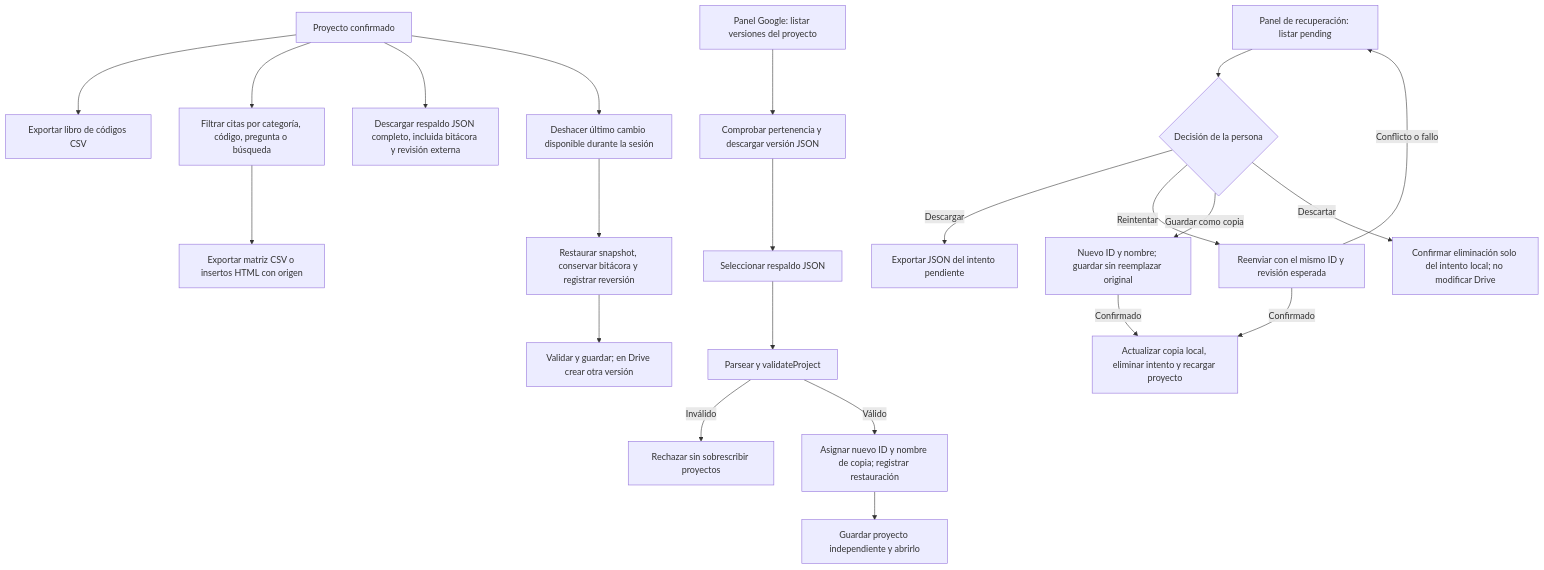
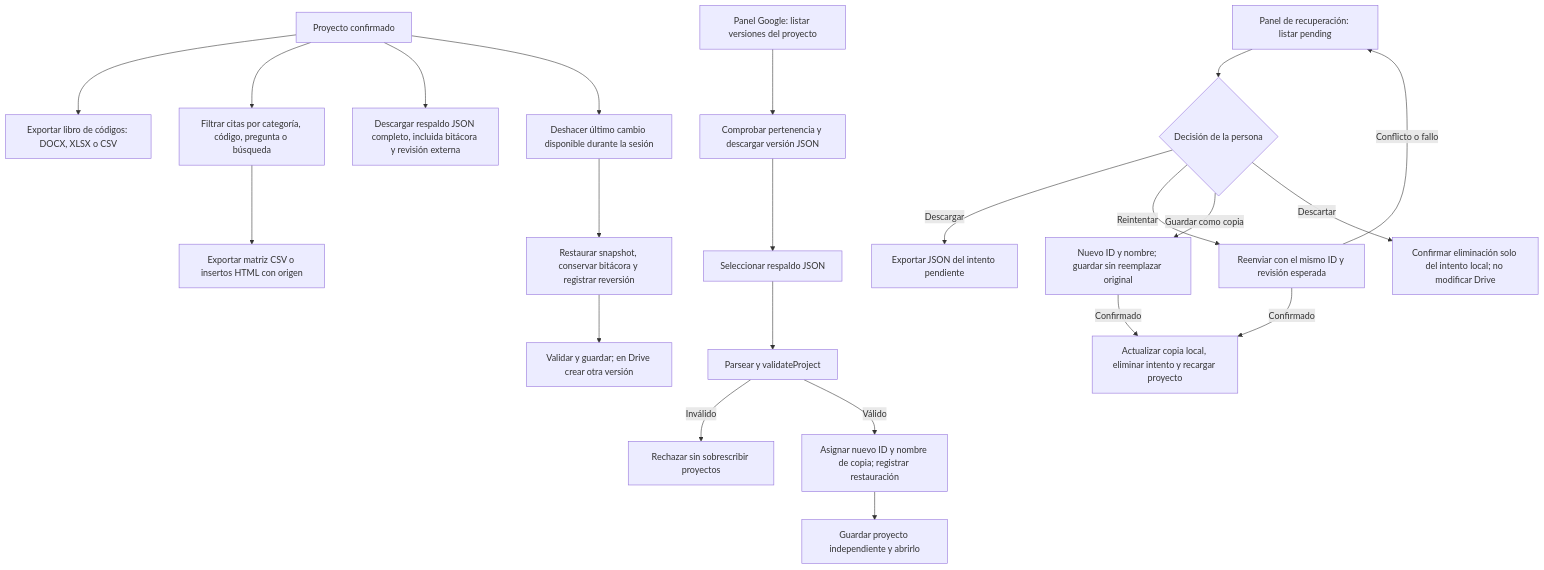
The sixth of 7 diagrams in README.md (estebancofre-coy/trama-cualitativa), drawn with Mermaid before and after one commit. The commit also changed other lines of this file and 5 other files, not shown here.

Commit message:
Exportar libro de códigos con citas en CSV, Word y Excel

````diff
--- a/README.md
+++ b/README.md
@@ -362,24 +365,24 @@
 ```mermaid
 flowchart TD
-	A["Proyecto confirmado"] --> B["Exportar libro de códigos CSV"]
+	A["Proyecto confirmado"] --> B["Exportar libro de códigos: DOCX, XLSX o CSV"]
 	A --> C["Filtrar citas por categoría, código, pregunta o búsqueda"]
 	C --> D["Exportar matriz CSV o insertos HTML con origen"]
 	A --> E["Descargar respaldo JSON completo, incluida bitácora y revisión externa"]
 	F["Seleccionar respaldo JSON"] --> G["Parsear y validateProject"]
 	G -->|Inválido| H["Rechazar sin sobrescribir proyectos"]
 	G -->|Válido| I["Asignar nuevo ID y nombre de copia; registrar restauración"]
 	I --> J["Guardar proyecto independiente y abrirlo"]
 	A --> K["Deshacer último cambio disponible durante la sesión"]
 	K --> L["Restaurar snapshot, conservar bitácora y registrar reversión"]
 	L --> M["Validar y guardar; en Drive crear otra versión"]
 	N["Panel Google: listar versiones del proyecto"] --> O["Comprobar pertenencia y descargar versión JSON"]
 	O --> F
 	P["Panel de recuperación: listar pending"] --> Q{"Decisión de la persona"}
 	Q -->|Descargar| R["Exportar JSON del intento pendiente"]
 	Q -->|Reintentar| S["Reenviar con el mismo ID y revisión esperada"]
 	S -->|Confirmado| T["Actualizar copia local, eliminar intento y recargar proyecto"]
 	S -->|Conflicto o fallo| P
 	Q -->|Guardar como copia| U["Nuevo ID y nombre; guardar sin reemplazar original"]
 	U -->|Confirmado| T
 	Q -->|Descartar| V["Confirmar eliminación solo del intento local; no modificar Drive"]
 ```
````
